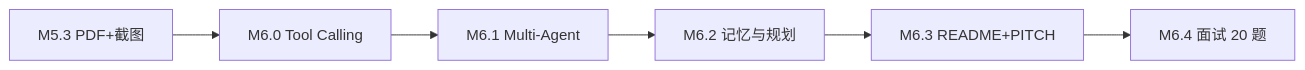
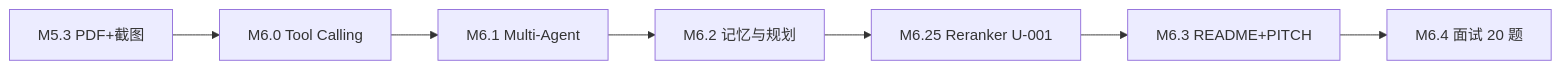
The first of 3 diagrams in docs/steps/M6-steps.md (bigcabbag/ShipLog), drawn with Mermaid before and after one commit. The commit also changed other lines of this file and 8 other files, not shown here.

````diff
--- a/docs/steps/M6-steps.md
+++ b/docs/steps/M6-steps.md
@@ -13,8 +13,9 @@
 ```mermaid
 flowchart LR
   M53[M5.3 PDF+截图] --> M60[M6.0 Tool Calling]
   M60 --> M61[M6.1 Multi-Agent]
   M61 --> M62[M6.2 记忆与规划]
-  M62 --> M63[M6.3 README+PITCH]
+  M62 --> M625[M6.25 Reranker U-001]
+  M625 --> M63[M6.3 README+PITCH]
   M63 --> M64[M6.4 面试 20 题]
 ```
````
